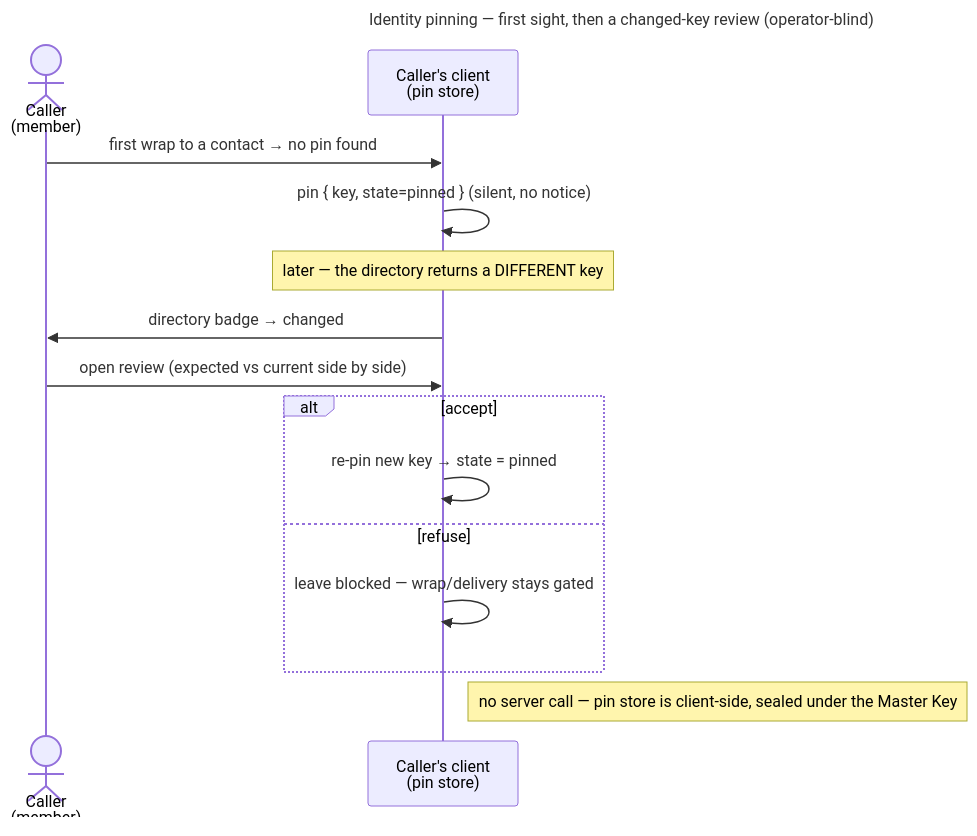
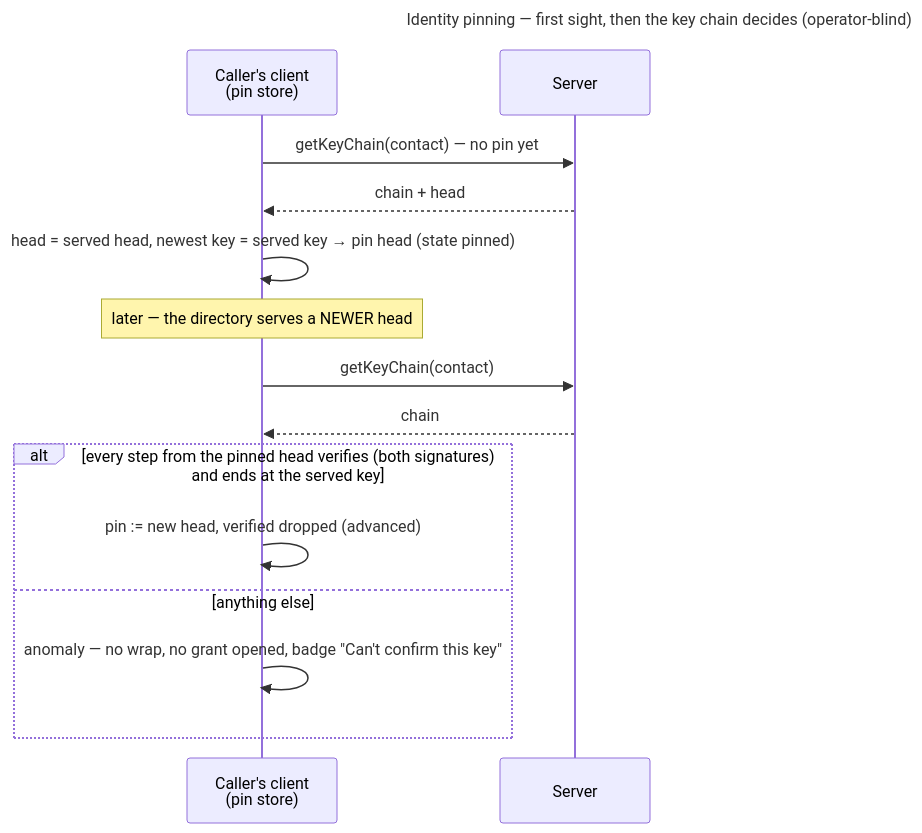
One commit to raddatzk/veyq changed the diagram in docs/features/spaces/use-cases/uc.spaces.verify-identity.md. Above: the diagram before and after it, drawn with Mermaid. The commit also changed other lines of this file and 26 other files, not shown here.

First line of the commit message:
docs(features): use cases, enablers, security model and coverage state the built key chain and secured account

````diff
--- a/docs/features/spaces/use-cases/uc.spaces.verify-identity.md
+++ b/docs/features/spaces/use-cases/uc.spaces.verify-identity.md
@@ -42,19 +46,19 @@
 ```mermaid
 ---
-title: Identity pinning — first sight, then a changed-key review (operator-blind)
+title: Identity pinning — first sight, then the key chain decides (operator-blind)
 ---
 sequenceDiagram
-  actor A as Caller<br>(member)
   participant CA as Caller's client<br>(pin store)
-  A->>CA: first wrap to a contact → no pin found
-  CA->>CA: pin { key, state=pinned } (silent, no notice)
-  Note over CA: later — the directory returns a DIFFERENT key
-  CA->>A: directory badge → changed
-  A->>CA: open review (expected vs current side by side)
-  alt accept
-  CA->>CA: re-pin new key → state = pinned
-  else refuse
-  CA->>CA: leave blocked — wrap/delivery stays gated
+  participant S as Server
+  CA->>S: getKeyChain(contact) — no pin yet
+  S-->>CA: chain + head
+  CA->>CA: head = served head, newest key = served key → pin head (state pinned)
+  Note over CA: later — the directory serves a NEWER head
+  CA->>S: getKeyChain(contact)
+  S-->>CA: chain
+  alt every step from the pinned head verifies (both signatures) and ends at the served key
+  CA->>CA: pin := new head, verified dropped (advanced)
+  else anything else
+  CA->>CA: anomaly — no wrap, no grant opened, badge "Can't confirm this key"
   end
-  Note right of CA: no server call — pin store is client-side, sealed under the Master Key
 ```
````
